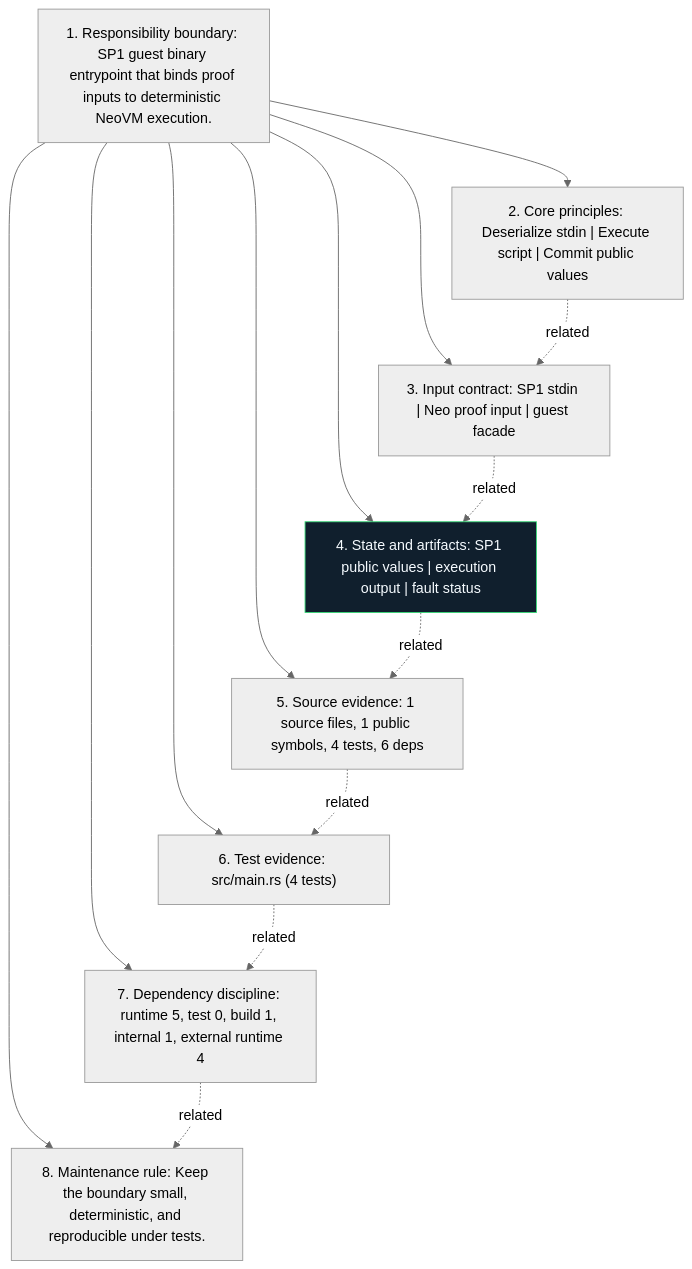
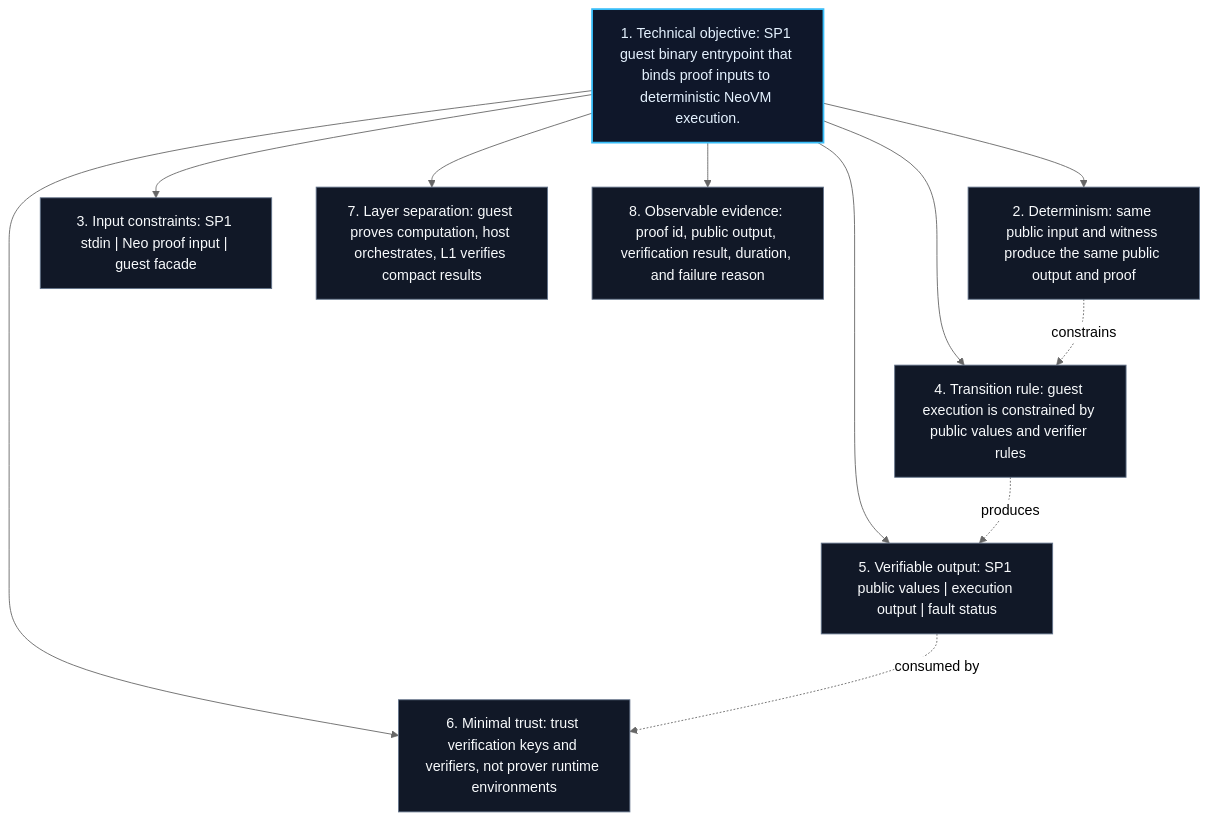
One commit to r3e-network/neo-zkvm changed the diagram in crates/neo-zkvm-program/docs/figures/principles.mmd. Above: the diagram before and after it, drawn with Mermaid (neutral theme). The commit also changed 447 other files, not shown here.

Commit message:
Replace crate diagrams with technical views

```diff
--- a/crates/neo-zkvm-program/docs/figures/principles.mmd
+++ b/crates/neo-zkvm-program/docs/figures/principles.mmd
@@ -1,24 +1,23 @@
 flowchart TB
-    N1["1. Responsibility boundary: SP1 guest binary entrypoint that binds proof inputs to deterministic NeoVM execution."]
-    N2["2. Core principles: Deserialize stdin | Execute script | Commit public values"]
-    N3["3. Input contract: SP1 stdin | Neo proof input | guest facade"]
-    N4["4. State and artifacts: SP1 public values | execution output | fault status"]
-    N5["5. Source evidence: 1 source files, 1 public symbols, 4 tests, 6 deps"]
-    N6["6. Test evidence: src/main.rs (4 tests)"]
-    N7["7. Dependency discipline: runtime 5, test 0, build 1, internal 1, external runtime 4"]
-    N8["8. Maintenance rule: Keep the boundary small, deterministic, and reproducible under tests."]
+    N1["1. Technical objective: SP1 guest binary entrypoint that binds proof inputs to deterministic NeoVM execution."]
+    N2["2. Determinism: same public input and witness produce the same public output and proof"]
+    N3["3. Input constraints: SP1 stdin | Neo proof input | guest facade"]
+    N4["4. Transition rule: guest execution is constrained by public values and verifier rules"]
+    N5["5. Verifiable output: SP1 public values | execution output | fault status"]
+    N6["6. Minimal trust: trust verification keys and verifiers, not prover runtime environments"]
+    N7["7. Layer separation: guest proves computation, host orchestrates, L1 verifies compact results"]
+    N8["8. Observable evidence: proof id, public output, verification result, duration, and failure reason"]
     N1 --> N2
     N1 --> N3
     N1 --> N4
     N1 --> N5
     N1 --> N6
     N1 --> N7
     N1 --> N8
-    N2 -. related .-> N3
-    N3 -. related .-> N4
-    N4 -. related .-> N5
-    N5 -. related .-> N6
-    N6 -. related .-> N7
-    N7 -. related .-> N8
-    classDef crate fill:#101f2d,stroke:#38d978,color:#f6fbff
-    class N4 crate
+    N2 -. constrains .-> N4
+    N4 -. produces .-> N5
+    N5 -. consumed by .-> N6
+    classDef core fill:#0f172a,stroke:#38bdf8,color:#e5f2ff,stroke-width:2px;
+    classDef support fill:#111827,stroke:#64748b,color:#f8fafc;
+    class N1 core;
+    class N2,N3,N4,N5,N6,N7,N8 support;
```
